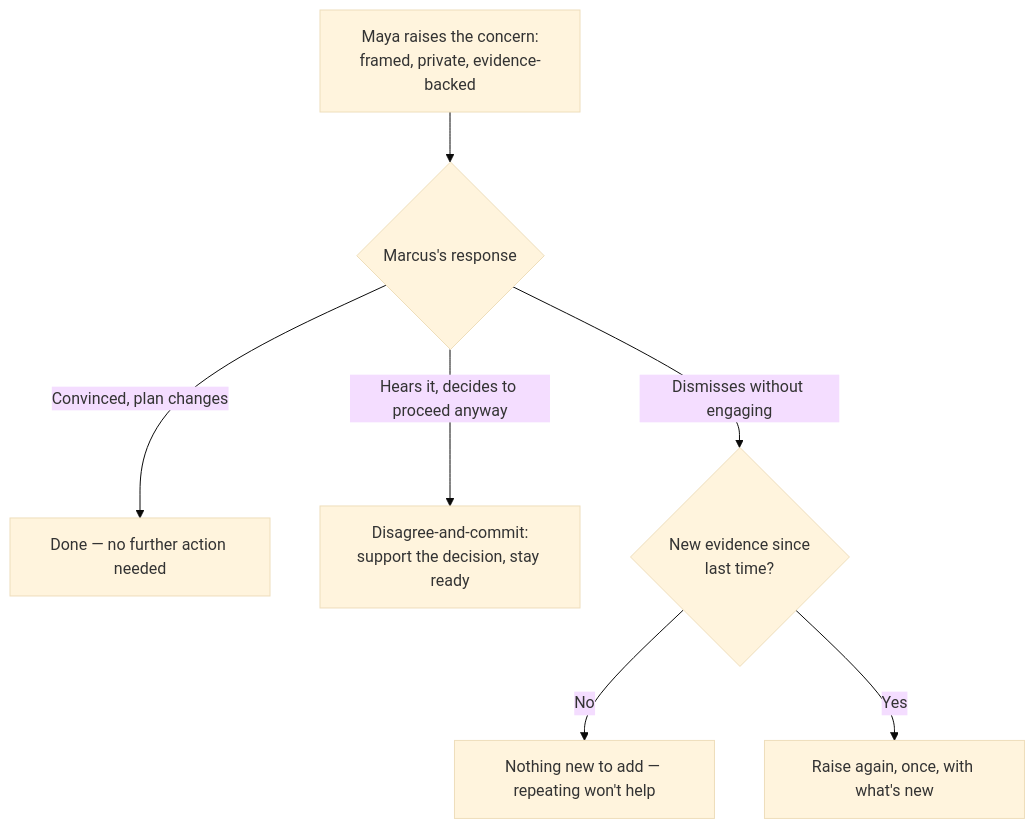
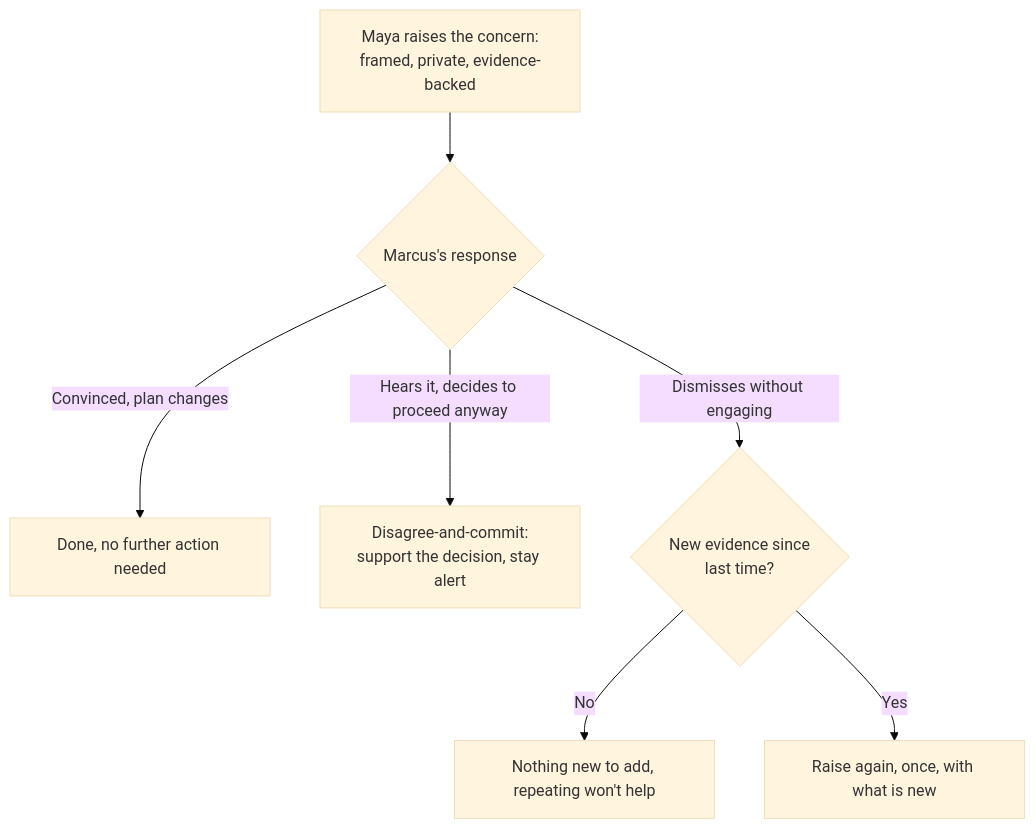
Before and after one commit to francoandreDev/knowledge: the third of 3 diagrams in src/content/business-communication/upward-disagreement/L2-concept.mdx, drawn with Mermaid (base theme). The commit also changed other lines of this file and 3 other files, not shown here.

````diff
--- a/src/content/business-communication/upward-disagreement/L2-concept.mdx
+++ b/src/content/business-communication/upward-disagreement/L2-concept.mdx
@@ -136,9 +149,9 @@
 ```mermaid
 flowchart TD
     Raise["Maya raises the concern:\nframed, private, evidence-backed"] --> Resp{"Marcus's response"}
-    Resp -->|"Convinced, plan changes"| Done1["Done — no further action needed"]
-    Resp -->|"Hears it, decides to proceed anyway"| Commit["Disagree-and-commit:\nsupport the decision, stay ready"]
+    Resp -->|"Convinced, plan changes"| Done1["Done, no further action needed"]
+    Resp -->|"Hears it, decides to proceed anyway"| Commit["Disagree-and-commit:\nsupport the decision, stay alert"]
     Resp -->|"Dismisses without engaging"| Check{"New evidence since\nlast time?"}
-    Check -->|"No"| Wait["Nothing new to add — repeating won't help"]
-    Check -->|"Yes"| Escalate["Raise again, once, with what's new"]
+    Check -->|"No"| Wait["Nothing new to add, repeating won't help"]
+    Check -->|"Yes"| Escalate["Raise again, once, with what is new"]
 ```
````
